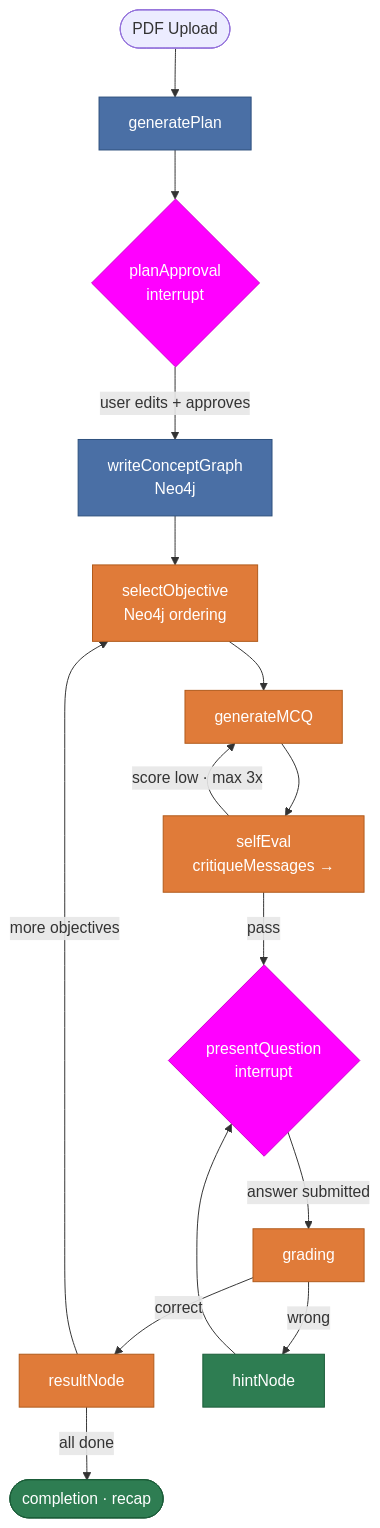
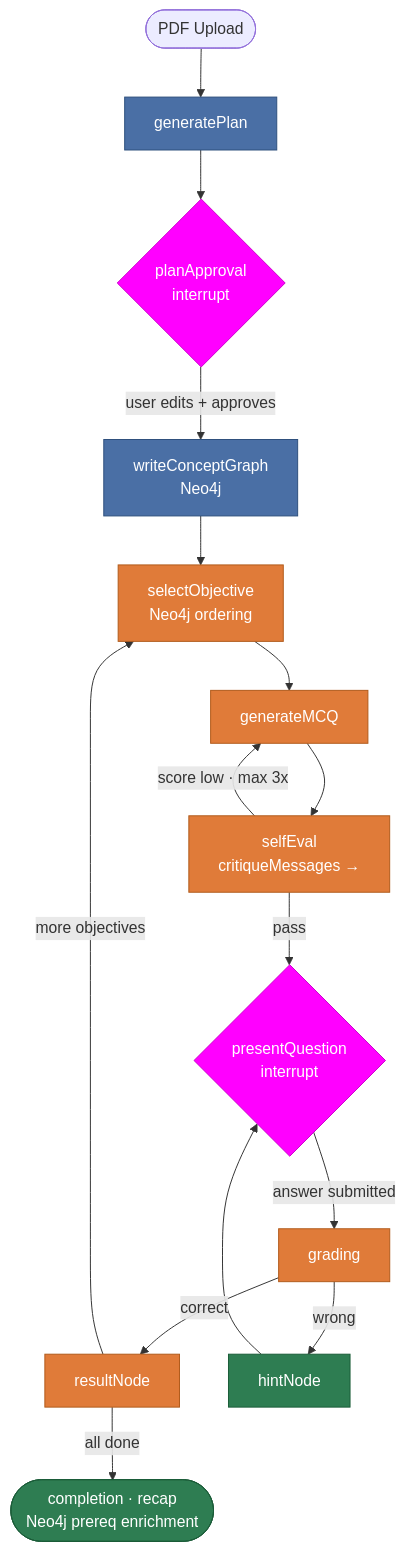
Before and after one commit to harshithasompura/ai-lesson-agent: the second of 2 diagrams in README.md, drawn with Mermaid. The commit also changed other lines of this file and 13 other files, not shown here.

````diff
--- a/README.md
+++ b/README.md
@@ -59,31 +81,31 @@
 ```mermaid
 flowchart TD
     A([PDF Upload]) --> B[generatePlan]
     B --> C{planApproval\ninterrupt}
     C -->|user edits + approves| D[writeConceptGraph\nNeo4j]
     D --> E[selectObjective\nNeo4j ordering]
     E --> F[generateMCQ]
     F --> G[selfEval\ncritiqueMessages →]
     G -->|score low · max 3x| F
     G -->|pass| H{presentQuestion\ninterrupt}
     H -->|answer submitted| I[grading]
     I -->|correct| J[resultNode]
     J -->|more objectives| E
-    J -->|all done| K([completion · recap])
+    J -->|all done| K([completion · recap\nNeo4j prereq enrichment])
     I -->|wrong| L[hintNode]
     L --> H
 
     style B fill:#4a6fa5,color:#fff,stroke:#2d4f7c
     style C fill:#f0f,color:#fff,stroke:#c0c
     style D fill:#4a6fa5,color:#fff,stroke:#2d4f7c
 
     style E fill:#e07b39,color:#fff,stroke:#b05a1a
     style F fill:#e07b39,color:#fff,stroke:#b05a1a
     style G fill:#e07b39,color:#fff,stroke:#b05a1a
     style H fill:#f0f,color:#fff,stroke:#c0c
     style I fill:#e07b39,color:#fff,stroke:#b05a1a
     style J fill:#e07b39,color:#fff,stroke:#b05a1a
 
     style L fill:#2e7d52,color:#fff,stroke:#1a5c38
     style K fill:#2e7d52,color:#fff,stroke:#1a5c38
 ```
````
